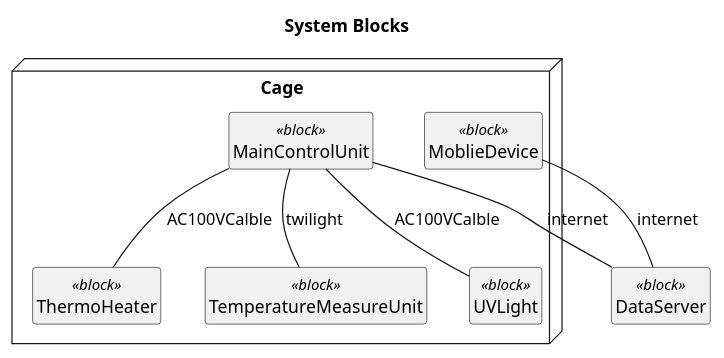
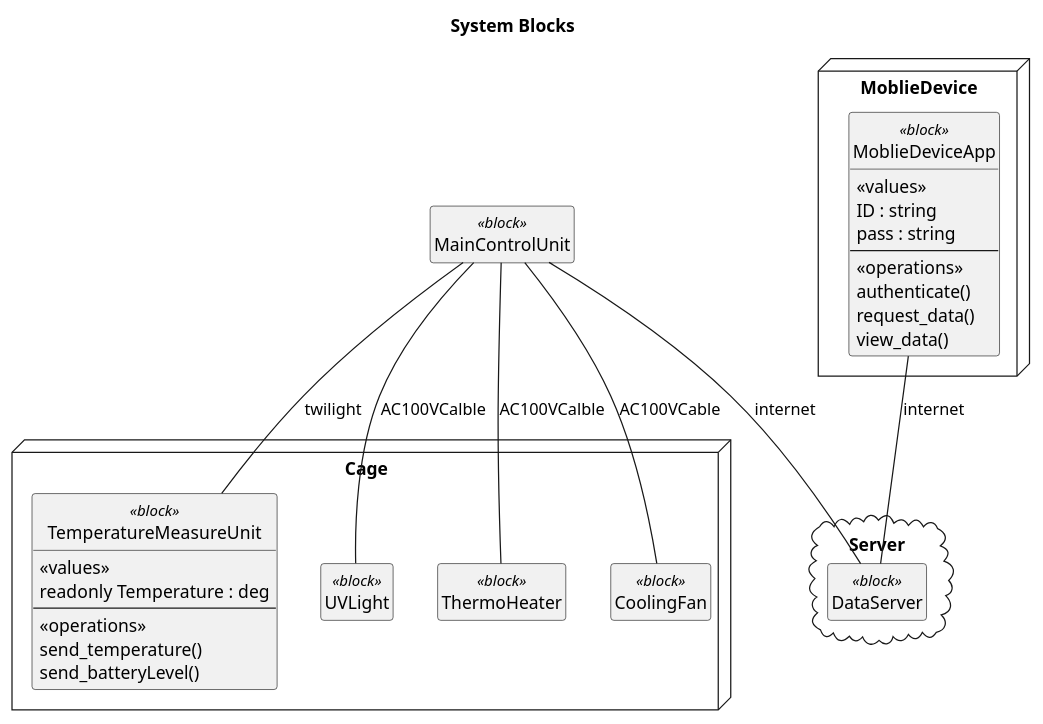
One commit to ShujiMikami/RenjiSystemProject changed the diagram in Documents/SystemIdea/SystemDiaglam.plantuml. Above: the diagram before and after it, drawn with PlantUML. The commit also changed 1 other file, not shown here.

```diff
--- a/Documents/SystemIdea/SystemDiaglam.plantuml
+++ b/Documents/SystemIdea/SystemDiaglam.plantuml
@@ -1,35 +1,54 @@
 @startuml
 
 title System Blocks
 
 hide circle
 hide empty members
 hide method
 
+class "MainControlUnit" as BlockMainControlUnit <<block>>{
+}
 package "Cage" as NodeCage <<node>>{
-  class "MoblieDevice" as BlockMobileDevice <<block>>{
-  }
-  
   class "TemperatureMeasureUnit" as BlockTemperatureMeasureUnit <<block>>{
-  }
-  
-  class "MainControlUnit" as BlockMainControlUnit <<block>>{
+    <<values>>
+    readonly Temperature : deg
+    --
+    <<operations>>
+    send_temperature()
+    send_batteryLevel()
   }
   
   class "UVLight" as BlockUVLight <<block>>{
   }
   
   class "ThermoHeater" as BlockThermoHeater <<block>>{
   }
+  class "CoolingFan" as BlockCoolingFan <<block>>{
+  }
 }
-class "DataServer" as BlockDataServer <<block>>{
+package "Server" as CloudServer <<cloud>>{
+  class "DataServer" as BlockDataServer <<block>>{
+  }
 }
 
+package "MoblieDevice" as NodeMobileDevice <<node>>{
+
+  class "MoblieDeviceApp" as BlockMobileDevice <<block>>{
+    <<values>>
+    ID : string
+    pass : string
+    --
+    <<operations>>
+    authenticate()
+    request_data()
+    view_data()
+  }
+}
 BlockMobileDevice -- BlockDataServer : internet 
 BlockMainControlUnit -- BlockDataServer : internet
 BlockMainControlUnit -- BlockTemperatureMeasureUnit : twilight
 BlockMainControlUnit -- BlockThermoHeater : AC100VCalble
 BlockMainControlUnit -- BlockUVLight : AC100VCalble
-
+BlockMainControlUnit -- BlockCoolingFan : AC100VCable
 
 @enduml
```
